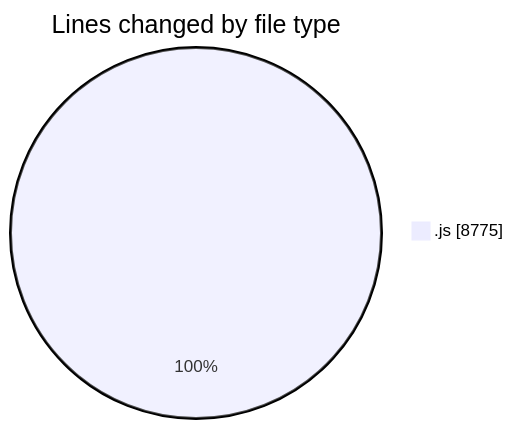
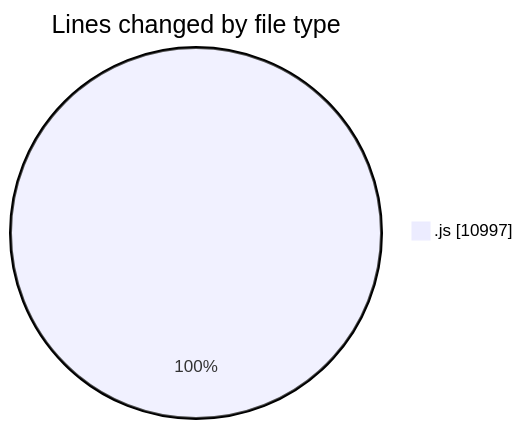
The first of 2 diagrams in 2025-08-11/nxtqube_webapp/README.md (nxtqubesakshisongat/code-tracking), drawn with Mermaid before and after one commit. The commit also changed other lines of this file and 1 other file, not shown here.

````diff
--- a/2025-08-11/nxtqube_webapp/README.md
+++ b/2025-08-11/nxtqube_webapp/README.md
@@ -21,5 +21,5 @@
 ```mermaid
 pie showData
 title Lines changed by file type
-".js" : 8775
+".js" : 10997
 ```
````
